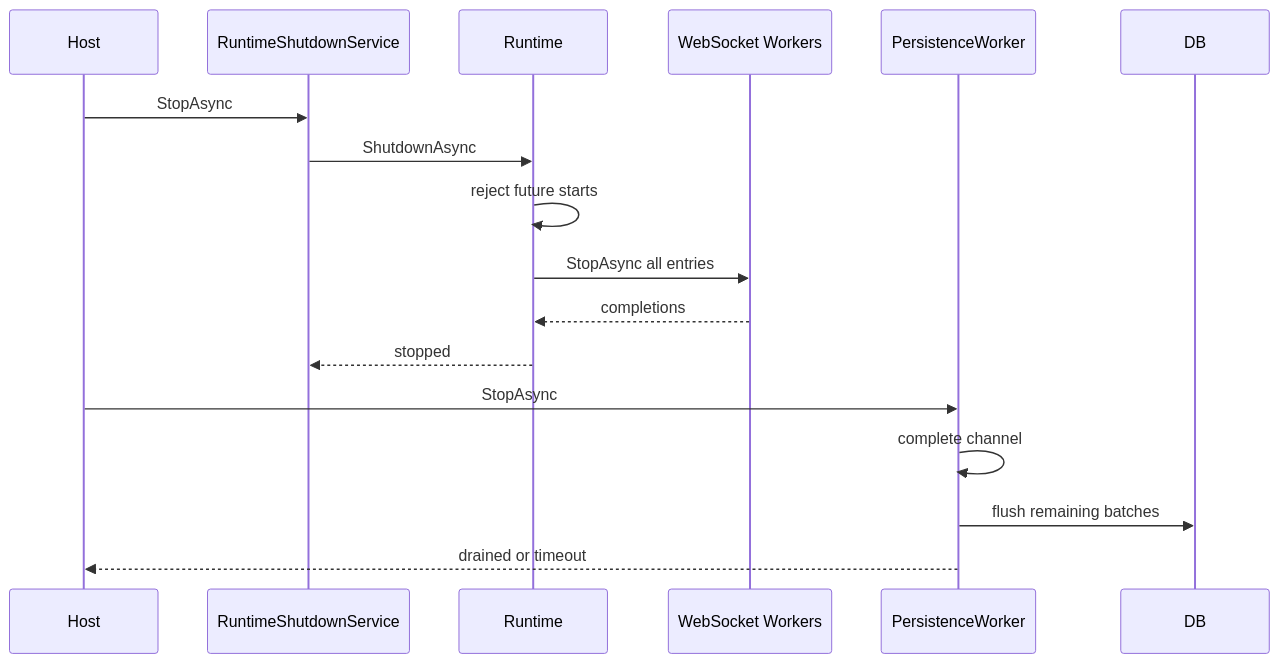
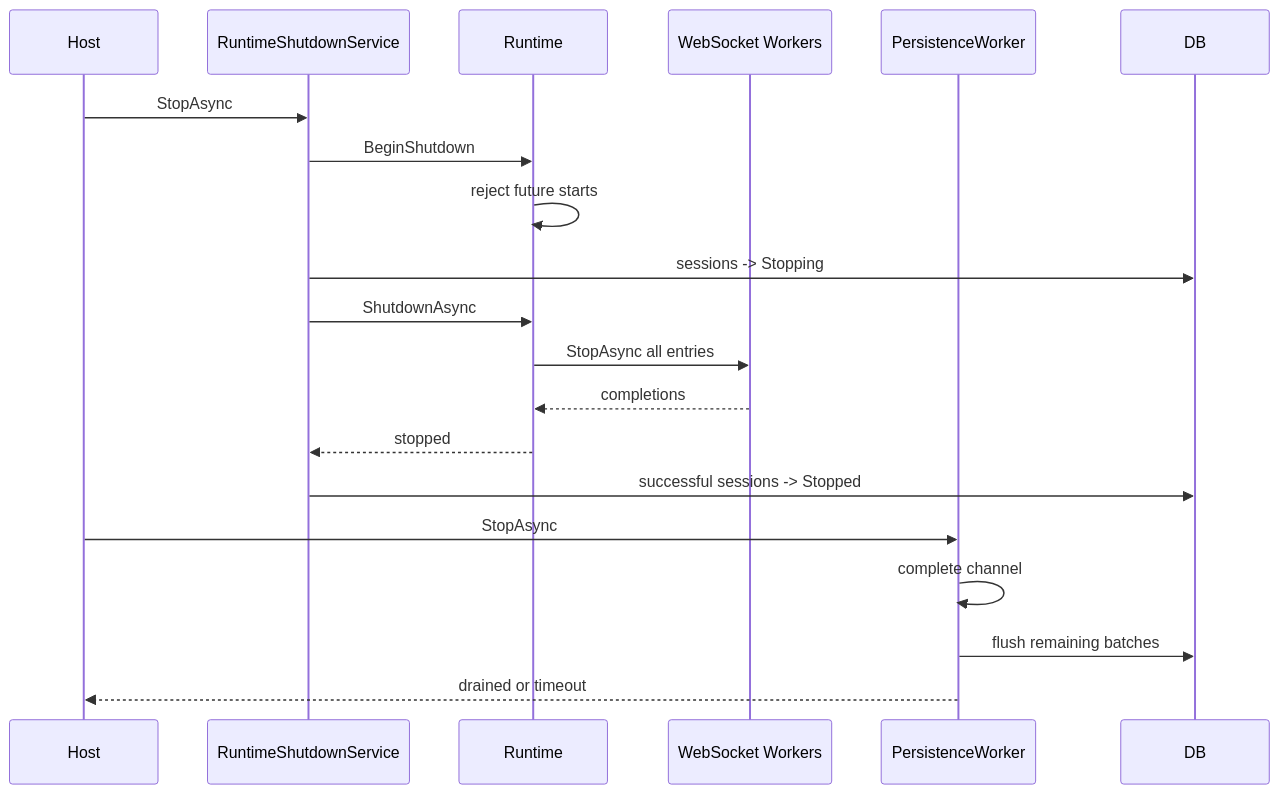
Before and after one commit to DmitriyEgorov1989/PolymarketLab: the fourth of 6 diagrams in PolymarketLab.DataCollection.Infrastructure/Adapters/CollectorRuntime/README.md, drawn with Mermaid. The commit also changed other lines of this file and 57 other files, not shown here.

````diff
--- a/PolymarketLab.DataCollection.Infrastructure/Adapters/CollectorRuntime/README.md
+++ b/PolymarketLab.DataCollection.Infrastructure/Adapters/CollectorRuntime/README.md
@@ -565,20 +581,23 @@
 ```mermaid
 sequenceDiagram
     participant Host
     participant Shutdown as RuntimeShutdownService
     participant Runtime
     participant Workers as WebSocket Workers
     participant Consumer as PersistenceWorker
     participant DB
 
     Host->>Shutdown: StopAsync
+    Shutdown->>Runtime: BeginShutdown
+    Runtime->>Runtime: reject future starts
+    Shutdown->>DB: sessions -> Stopping
     Shutdown->>Runtime: ShutdownAsync
-    Runtime->>Runtime: reject future starts
     Runtime->>Workers: StopAsync all entries
     Workers-->>Runtime: completions
     Runtime-->>Shutdown: stopped
+    Shutdown->>DB: successful sessions -> Stopped
     Host->>Consumer: StopAsync
     Consumer->>Consumer: complete channel
     Consumer->>DB: flush remaining batches
     Consumer-->>Host: drained or timeout
 ```
````
